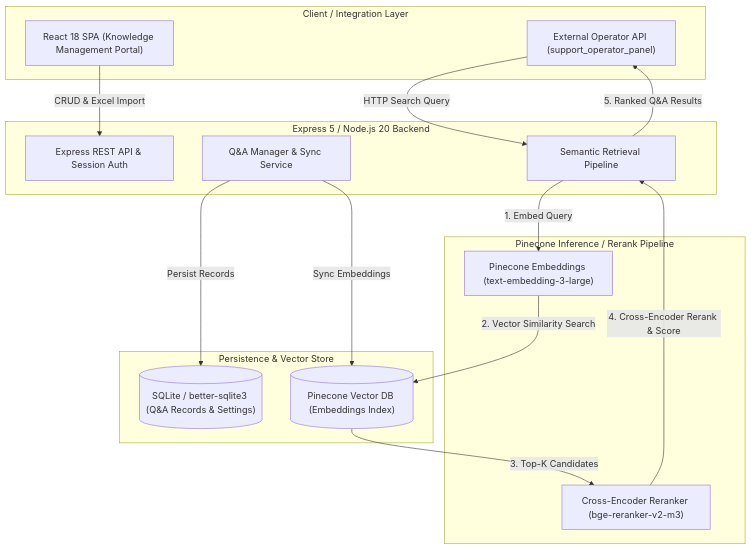
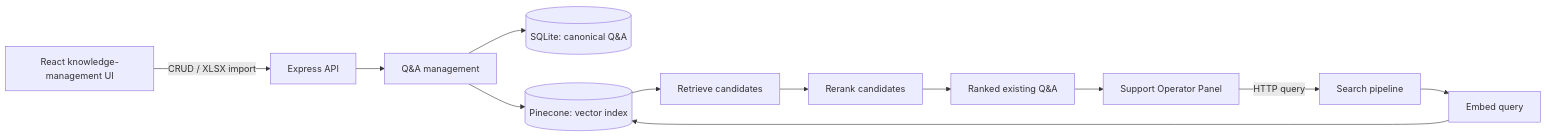
Before and after one commit to laser54/assist-craft-qna: the diagram in README.md, drawn with Mermaid. The commit also changed other lines of this file, not shown here.

````diff
--- a/README.md
+++ b/README.md
@@ -75,34 +19,16 @@
 ```mermaid
-flowchart TD
-    subgraph Client ["Client / Integration Layer"]
-        UI["React 18 SPA (Knowledge Management Portal)"]
-        OperatorAPI["External Operator API (support_operator_panel)"]
-    end
+flowchart LR
+    UI["React knowledge-management UI"] -->|"CRUD / XLSX import"| API["Express API"]
+    Panel["Support Operator Panel"] -->|"HTTP query"| Search["Search pipeline"]
 
-    subgraph Backend ["Express 5 / Node.js 20 Backend"]
-        API["Express REST API & Session Auth"]
-        QAMgr["Q&A Manager & Sync Service"]
-        SearchSvc["Semantic Retrieval Pipeline"]
-    end
+    API --> QA["Q&A management"]
+    QA --> SQLite[("SQLite: canonical Q&A")]
+    QA --> Pinecone[("Pinecone: vector index")]
 
-    subgraph Storage ["Persistence & Vector Store"]
-        SQLite[("SQLite / better-sqlite3 (Q&A Records & Settings)")]
-        Pinecone[("Pinecone Vector DB (Embeddings Index)")]
-    end
-
-    subgraph Models ["Pinecone Inference / Rerank Pipeline"]
-        Embedder["Pinecone Embeddings (text-embedding-3-large)"]
-        Reranker["Cross-Encoder Reranker (bge-reranker-v2-m3)"]
-    end
-
-    UI -->|"CRUD & Excel Import"| API
-    OperatorAPI -->|"HTTP Search Query"| SearchSvc
-    QAMgr -->|"Persist Records"| SQLite
-    QAMgr -->|"Sync Embeddings"| Pinecone
-    
-    SearchSvc -->|"1. Embed Query"| Embedder
-    Embedder -->|"2. Vector Similarity Search"| Pinecone
-    Pinecone -->|"3. Top-K Candidates"| Reranker
-    Reranker -->|"4. Cross-Encoder Rerank & Score"| SearchSvc
-    SearchSvc -->|"5. Ranked Q&A Results"| OperatorAPI
+    Search --> Embed["Embed query"]
+    Embed --> Pinecone
+    Pinecone --> Candidates["Retrieve candidates"]
+    Candidates --> Rerank["Rerank candidates"]
+    Rerank --> Results["Ranked existing Q&A"]
+    Results --> Panel
 ```
````
